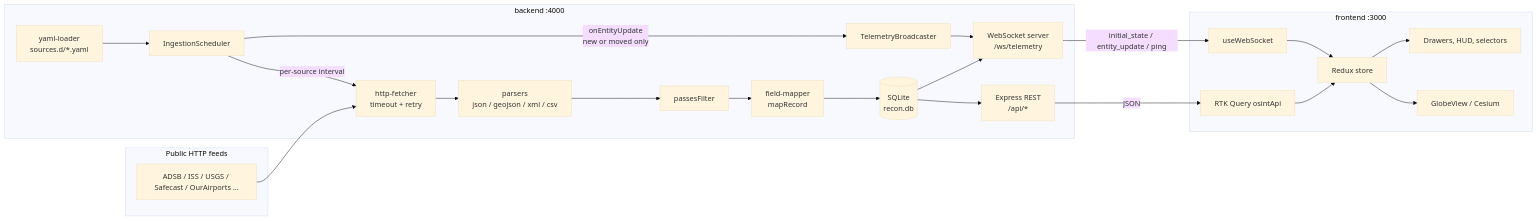
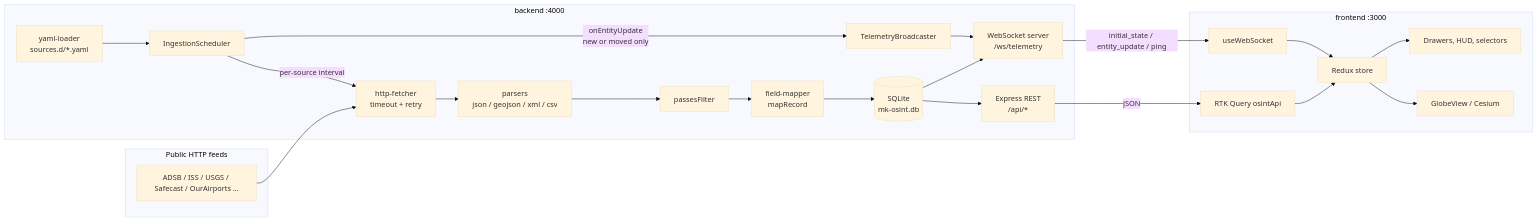
Before and after one commit to ayushmk7/OSINT-Platform: the diagram in docs/architecture.md, drawn with Mermaid (base theme). The commit also changed other lines of this file and 43 other files, not shown here.

````diff
--- a/docs/architecture.md
+++ b/docs/architecture.md
@@ -15,30 +15,30 @@
 ```mermaid
 flowchart LR
   subgraph Feeds[Public HTTP feeds]
     F1[ADSB / ISS / USGS / Safecast / OurAirports ...]
   end
 
   subgraph Backend[backend :4000]
     YL[yaml-loader<br/>sources.d/*.yaml] --> SCH[IngestionScheduler]
     SCH -->|per-source interval| HF[http-fetcher<br/>timeout + retry]
     HF --> PR[parsers<br/>json / geojson / xml / csv]
     PR --> FL[passesFilter]
     FL --> FM[field-mapper<br/>mapRecord]
-    FM --> DB[(SQLite<br/>recon.db)]
+    FM --> DB[(SQLite<br/>mk-osint.db)]
     SCH -->|onEntityUpdate<br/>new or moved only| BC[TelemetryBroadcaster]
     DB --> API[Express REST<br/>/api/*]
     DB --> WSS[WebSocket server<br/>/ws/telemetry]
     BC --> WSS
   end
 
   subgraph Frontend[frontend :3000]
     HOOK[useWebSocket] --> STORE[Redux store]
     RTKQ[RTK Query osintApi] --> STORE
     STORE --> GLOBE[GlobeView / Cesium]
     STORE --> HUD[Drawers, HUD, selectors]
   end
 
   F1 --> HF
   WSS -- initial_state / entity_update / ping --> HOOK
   API -- JSON --> RTKQ
 ```
````
